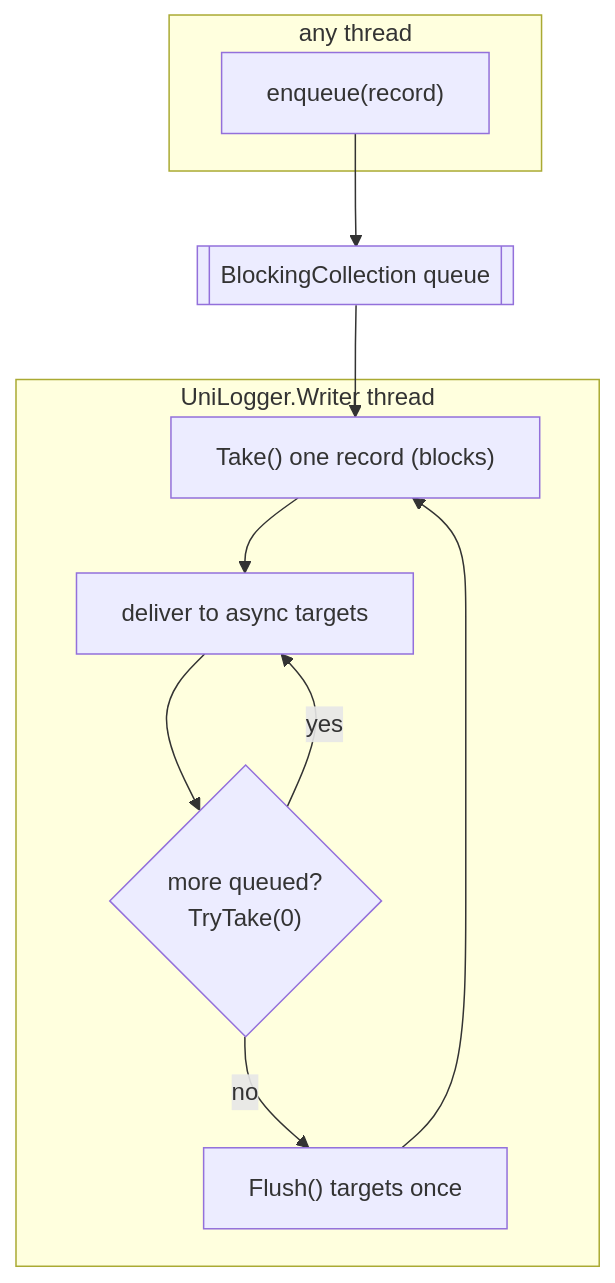
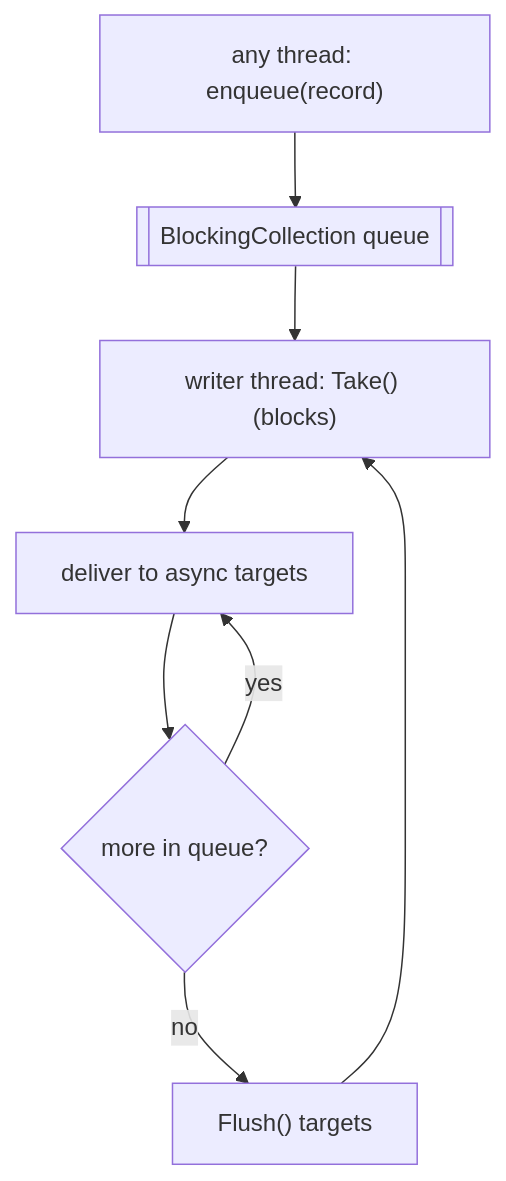
Before and after one commit to Appegy/UniLogger: the third of 7 diagrams in docs/logging-pipeline.md, drawn with Mermaid. The commit also changed other lines of this file, not shown here.

````diff
--- a/docs/logging-pipeline.md
+++ b/docs/logging-pipeline.md
@@ -144,16 +101,10 @@
 ```mermaid
 flowchart TD
-    subgraph Producers["any thread"]
-        P["enqueue(record)"]
-    end
-    P --> Q[["BlockingCollection queue"]]
-
-    subgraph Writer["UniLogger.Writer thread"]
-        T["Take() one record (blocks)"] --> D["deliver to async targets"]
-        D --> DR{"more queued?<br/>TryTake(0)"}
-        DR -->|"yes"| D
-        DR -->|"no"| FL["Flush() targets once"]
-        FL --> T
-    end
-    Q --> T
+    P["any thread: enqueue(record)"] --> Q[["BlockingCollection queue"]]
+    Q --> T["writer thread: Take() (blocks)"]
+    T --> D["deliver to async targets"]
+    D --> DR{"more in queue?"}
+    DR -->|"yes"| D
+    DR -->|"no"| FL["Flush() targets"]
+    FL --> T
 ```
````
